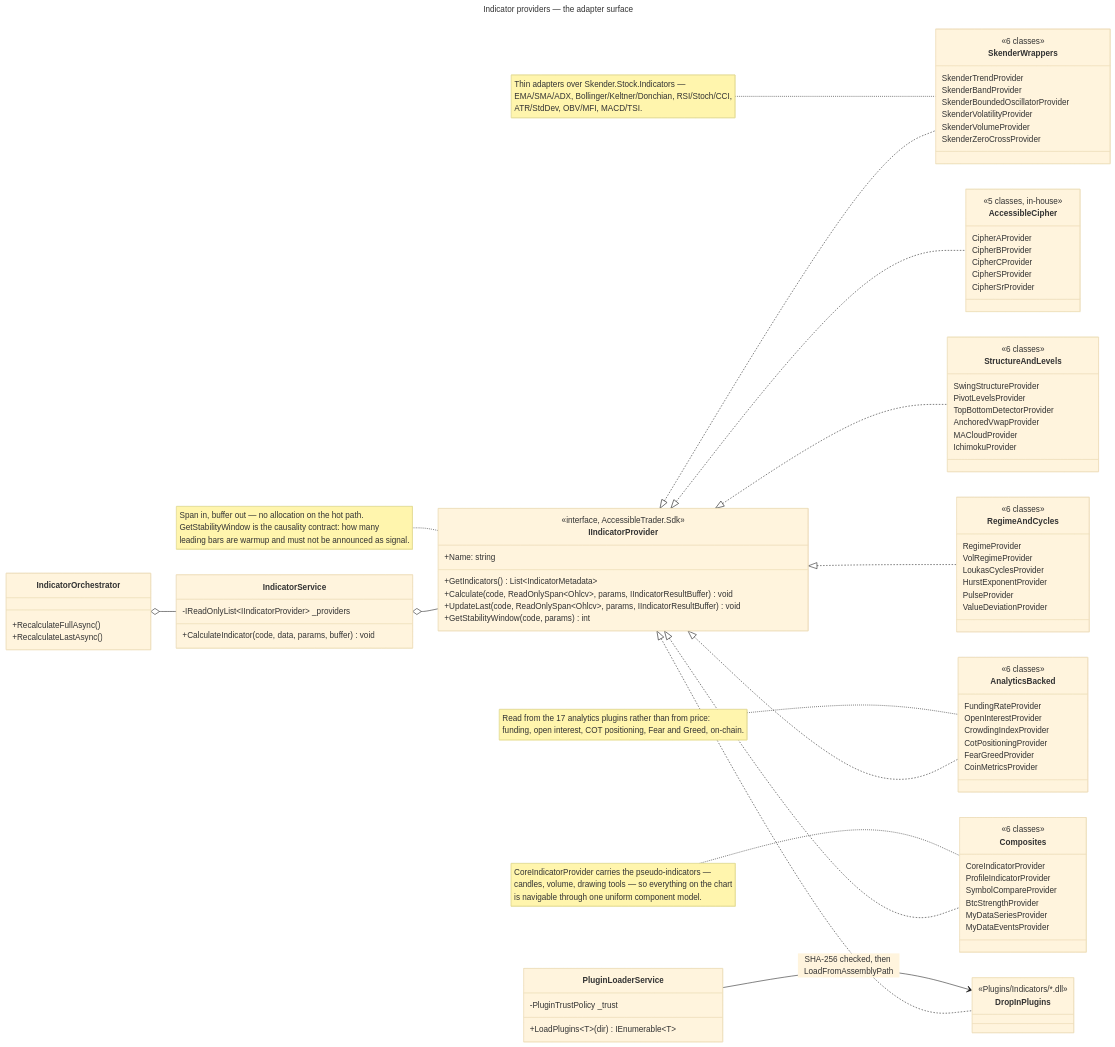
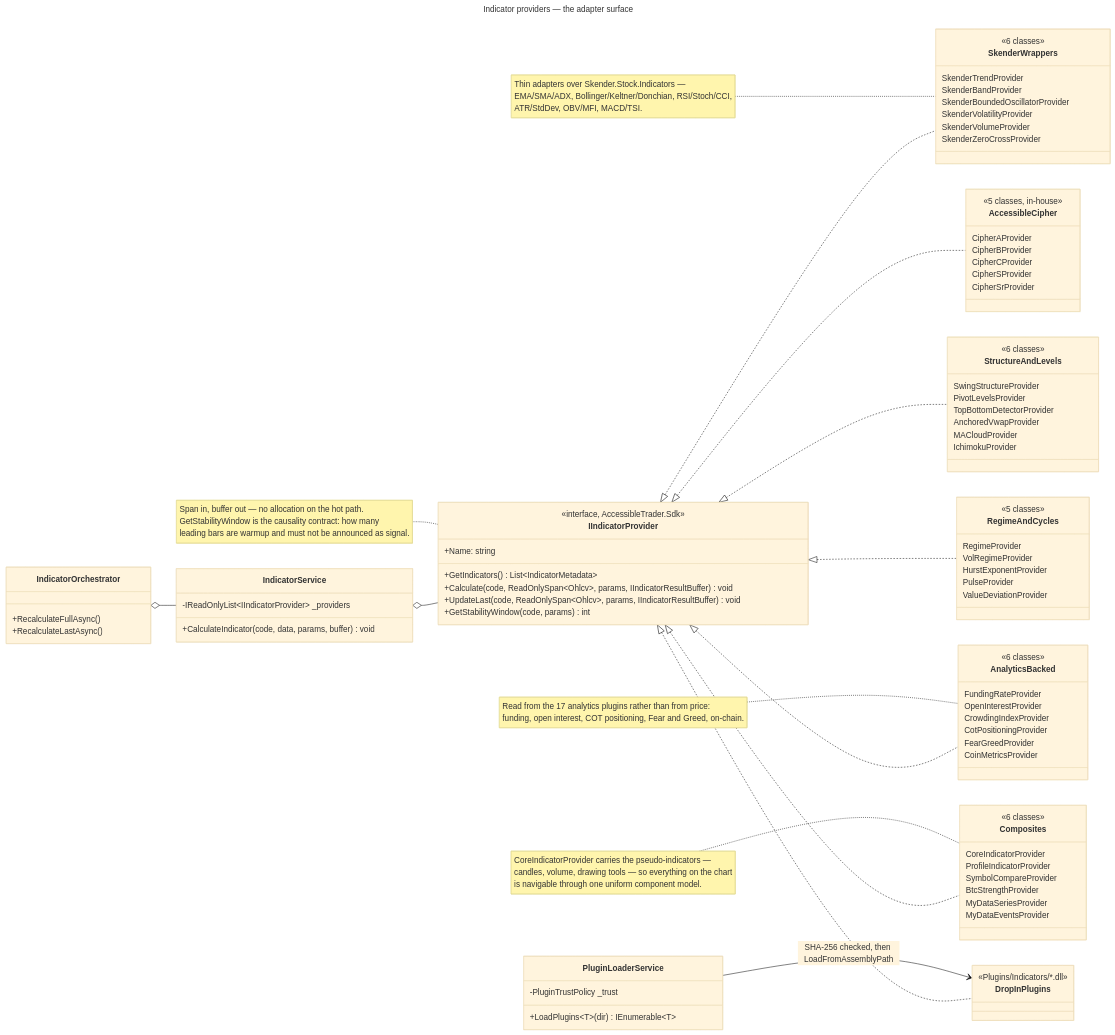
Before and after one commit to churst90/accessible-trade-terminal: the diagram in Diagrams/indicator_adapter.mmd, drawn with Mermaid (base theme). The commit also changed 40 other files, not shown here.

First line of the commit message:
Cipher B's money flow strokes its value edge as Market Cipher B does (AreaEdge: edge 0.68 vs MCB 0.68, body 0.51 both); Loukas Cycle Detection removed, saved charts/strategies/alerts naming the Cipher C signal to use, and the catalogue's v24 Cycle Low Reversal retired with it

```diff
--- a/Diagrams/indicator_adapter.mmd
+++ b/Diagrams/indicator_adapter.mmd
@@ -1,104 +1,103 @@
 ---
 title: Indicator providers — the adapter surface
 ---
 %% Verified against the tree on 2026-08-28: 36 IIndicatorProvider implementations in
 %% AccessibleTrader.Core, grouped below by what they adapt. Drop-in DLLs under
 %% Plugins/Indicators/ implement the same SDK interface and are loaded the same way.
 classDiagram
     direction LR
 
     class IIndicatorProvider {
         <<interface, AccessibleTrader.Sdk>>
         +Name: string
         +GetIndicators() List~IndicatorMetadata~
         +Calculate(code, ReadOnlySpan~Ohlcv~, params, IIndicatorResultBuffer) void
         +UpdateLast(code, ReadOnlySpan~Ohlcv~, params, IIndicatorResultBuffer) void
         +GetStabilityWindow(code, params) int
     }
     note for IIndicatorProvider "Span in, buffer out — no allocation on the hot path.<br/>GetStabilityWindow is the causality contract: how many<br/>leading bars are warmup and must not be announced as signal."
 
     class IndicatorService {
         -IReadOnlyList~IIndicatorProvider~ _providers
         +CalculateIndicator(code, data, params, buffer) void
     }
     class IndicatorOrchestrator {
         +RecalculateFullAsync()
         +RecalculateLastAsync()
     }
     class PluginLoaderService {
         -PluginTrustPolicy _trust
         +LoadPlugins~T~(dir) IEnumerable~T~
     }
 
     class SkenderWrappers {
         <<6 classes>>
         SkenderTrendProvider
         SkenderBandProvider
         SkenderBoundedOscillatorProvider
         SkenderVolatilityProvider
         SkenderVolumeProvider
         SkenderZeroCrossProvider
     }
     class AccessibleCipher {
         <<5 classes, in-house>>
         CipherAProvider
         CipherBProvider
         CipherCProvider
         CipherSProvider
         CipherSrProvider
     }
     class StructureAndLevels {
         <<6 classes>>
         SwingStructureProvider
         PivotLevelsProvider
         TopBottomDetectorProvider
         AnchoredVwapProvider
         MACloudProvider
         IchimokuProvider
     }
     class RegimeAndCycles {
-        <<6 classes>>
+        <<5 classes>>
         RegimeProvider
         VolRegimeProvider
-        LoukasCyclesProvider
         HurstExponentProvider
         PulseProvider
         ValueDeviationProvider
     }
     class AnalyticsBacked {
         <<6 classes>>
         FundingRateProvider
         OpenInterestProvider
         CrowdingIndexProvider
         CotPositioningProvider
         FearGreedProvider
         CoinMetricsProvider
     }
     class Composites {
         <<6 classes>>
         CoreIndicatorProvider
         ProfileIndicatorProvider
         SymbolCompareProvider
         BtcStrengthProvider
         MyDataSeriesProvider
         MyDataEventsProvider
     }
     class DropInPlugins {
         <<Plugins/Indicators/*.dll>>
     }
 
     IndicatorOrchestrator o-- IndicatorService
     IndicatorService o-- IIndicatorProvider
     PluginLoaderService --> DropInPlugins : SHA-256 checked, then LoadFromAssemblyPath
 
     IIndicatorProvider <|.. SkenderWrappers
     IIndicatorProvider <|.. AccessibleCipher
     IIndicatorProvider <|.. StructureAndLevels
     IIndicatorProvider <|.. RegimeAndCycles
     IIndicatorProvider <|.. AnalyticsBacked
     IIndicatorProvider <|.. Composites
     IIndicatorProvider <|.. DropInPlugins
 
     note for SkenderWrappers "Thin adapters over Skender.Stock.Indicators —<br/>EMA/SMA/ADX, Bollinger/Keltner/Donchian, RSI/Stoch/CCI,<br/>ATR/StdDev, OBV/MFI, MACD/TSI."
     note for AnalyticsBacked "Read from the 17 analytics plugins rather than from price:<br/>funding, open interest, COT positioning, Fear and Greed, on-chain."
     note for Composites "CoreIndicatorProvider carries the pseudo-indicators —<br/>candles, volume, drawing tools — so everything on the chart<br/>is navigable through one uniform component model."
```
